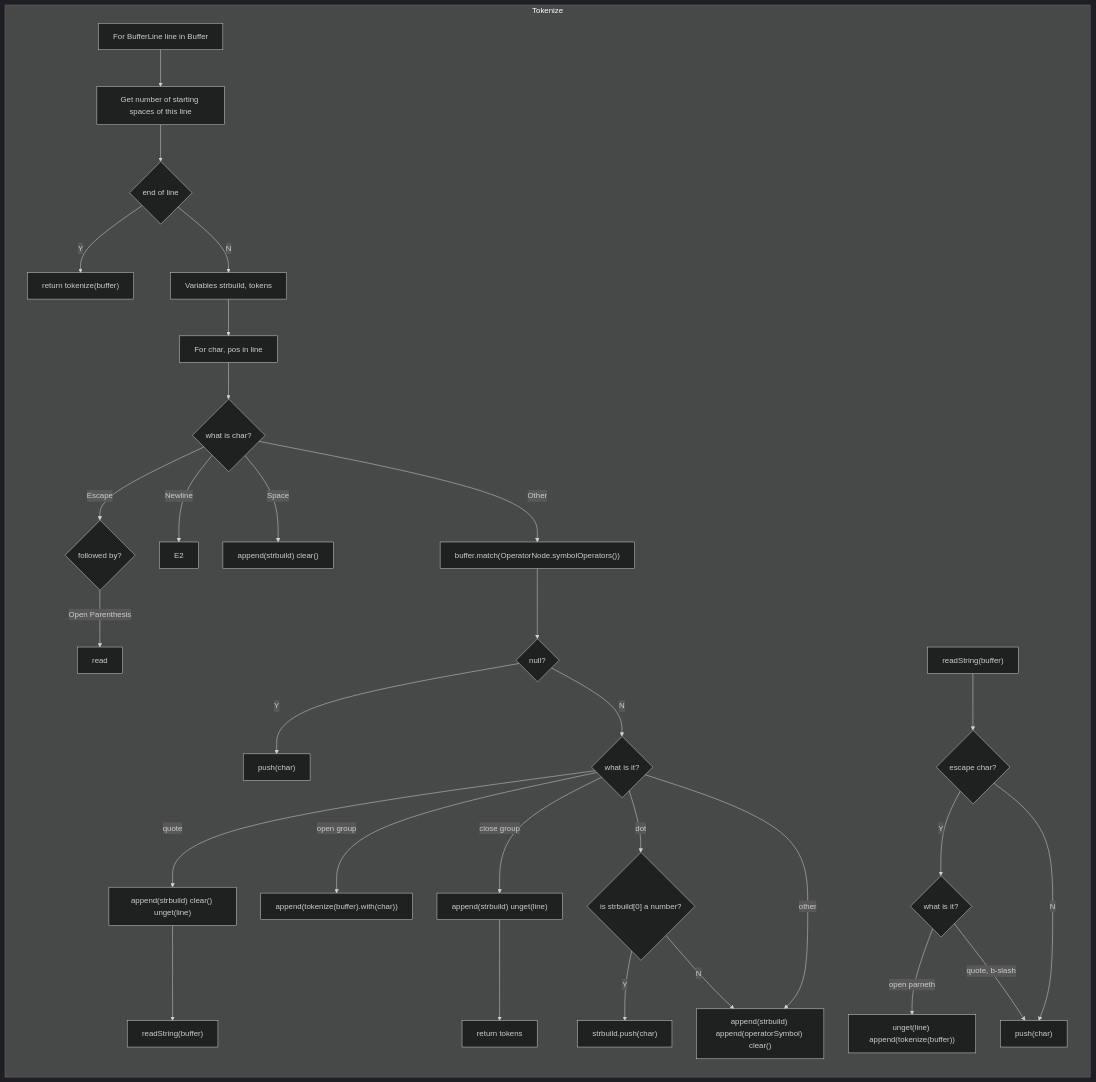
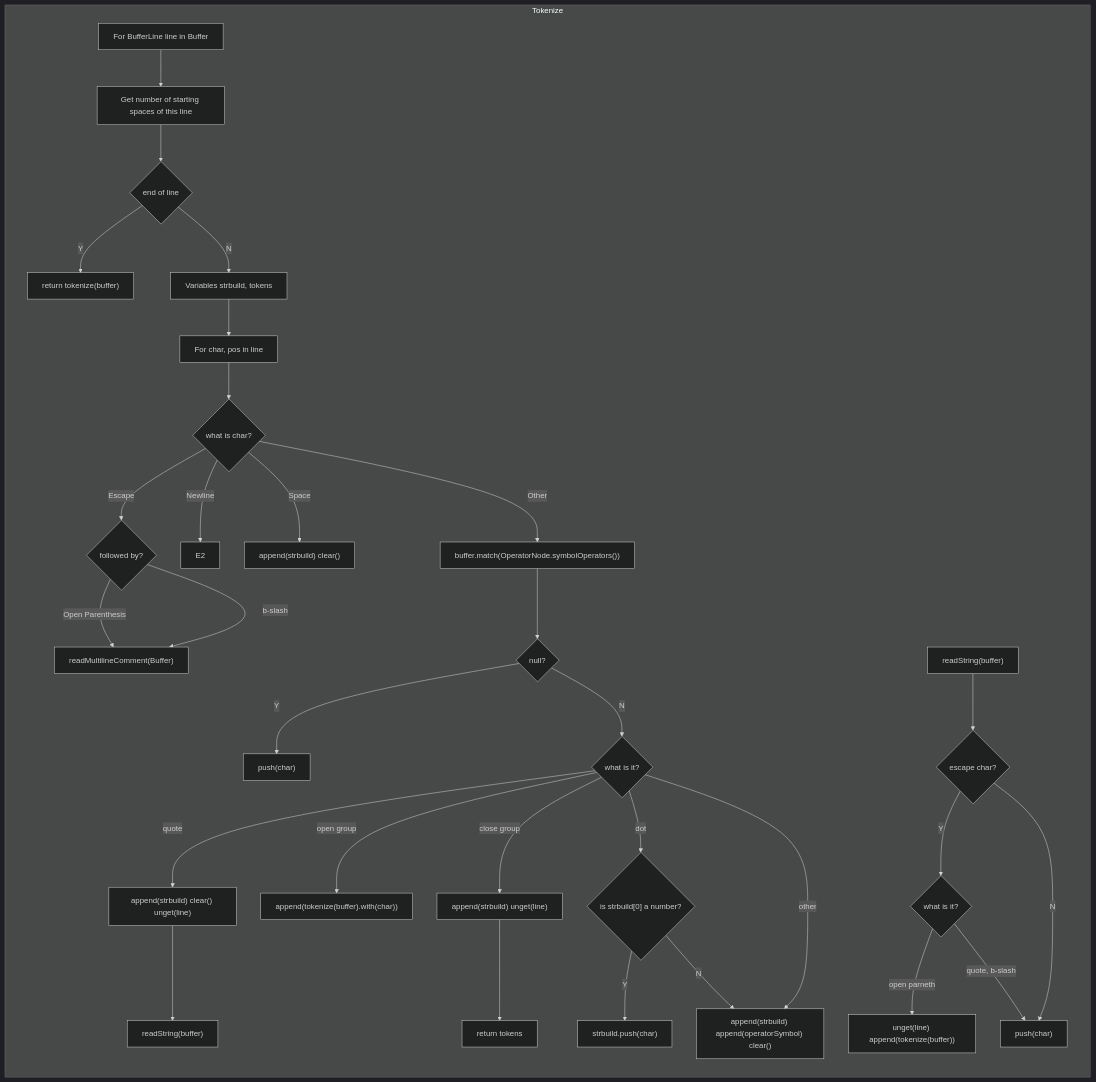
The eighth of 8 diagrams in Implementation.md (Jzhyang1/Monomer), drawn with Mermaid (dark theme) before and after one commit. The commit also changed other lines of this file, not shown here.

````diff
--- a/Implementation.md
+++ b/Implementation.md
@@ -259,35 +259,36 @@
 ```mermaid
 graph LR
 subgraph sg1["Tokenize"]
 	A[For BufferLine line in Buffer] --> B[Get number of starting spaces of this line]
 	--> C1{end of line}
 	C1 -- Y --> C2["return tokenize(buffer)"]
 	C1 -- N --> C[Variables strbuild, tokens]
 	 --> D[For char, pos in line] 
 	 --> E{what is char?}
 	E -- Escape --> E1{followed by?}
-	--"Open Parenthesis"--> E11[read]
+	E1 --"Open Parenthesis"--> E11["readMultilineComment(Buffer)"]
+	E1 --"b-slash"--> E11["readMultilineComment(Buffer)"]
 	E -- Newline --> E2
 	E -- Space --> E3["append(strbuild) clear()"]
 	E -- Other --> F["buffer.match(OperatorNode.symbolOperators())"]
 	F --> G{null?}
 	G -- Y --> H["push(char)"]
 	G -- N --> Z{what is it?}
 	Z -- quote --> J["append(strbuild) clear() unget(line)"]
 	J --> P["readString(buffer)"] 
 	Z -- "open group"
 	 --> AC["append(tokenize(buffer).with(char))"]
 	Z -- "close group" --> BA["append(strbuild) unget(line)"]
 	--> BB[return tokens]
 	Z -- dot --> K{"is strbuild[0] a number?"}
 	K -- Y --> L["strbuild.push(char)"]
 	K -- N --> I
 	Z -- other --> I["append(strbuild) append(operatorSymbol) clear()"]
 
 AP["readString(buffer)"] --> Q{escape char?}
 	Q -- Y --> R{what is it?}
 	R -- "open parneth" --> T["unget(line) append(tokenize(buffer))"]
 	R -- "quote, b-slash" --> S
 	Q -- N --> S["push(char)"]
 end
 ```
````
